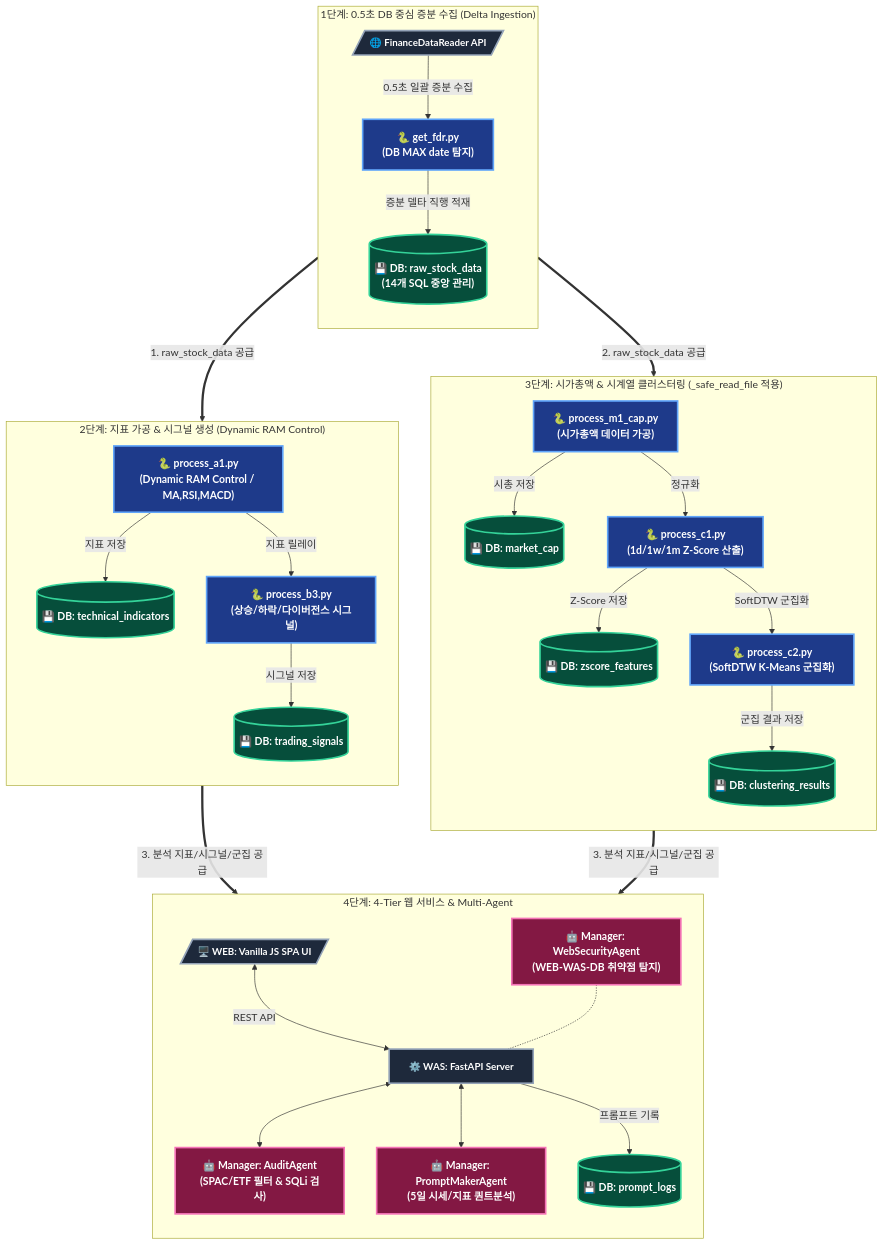
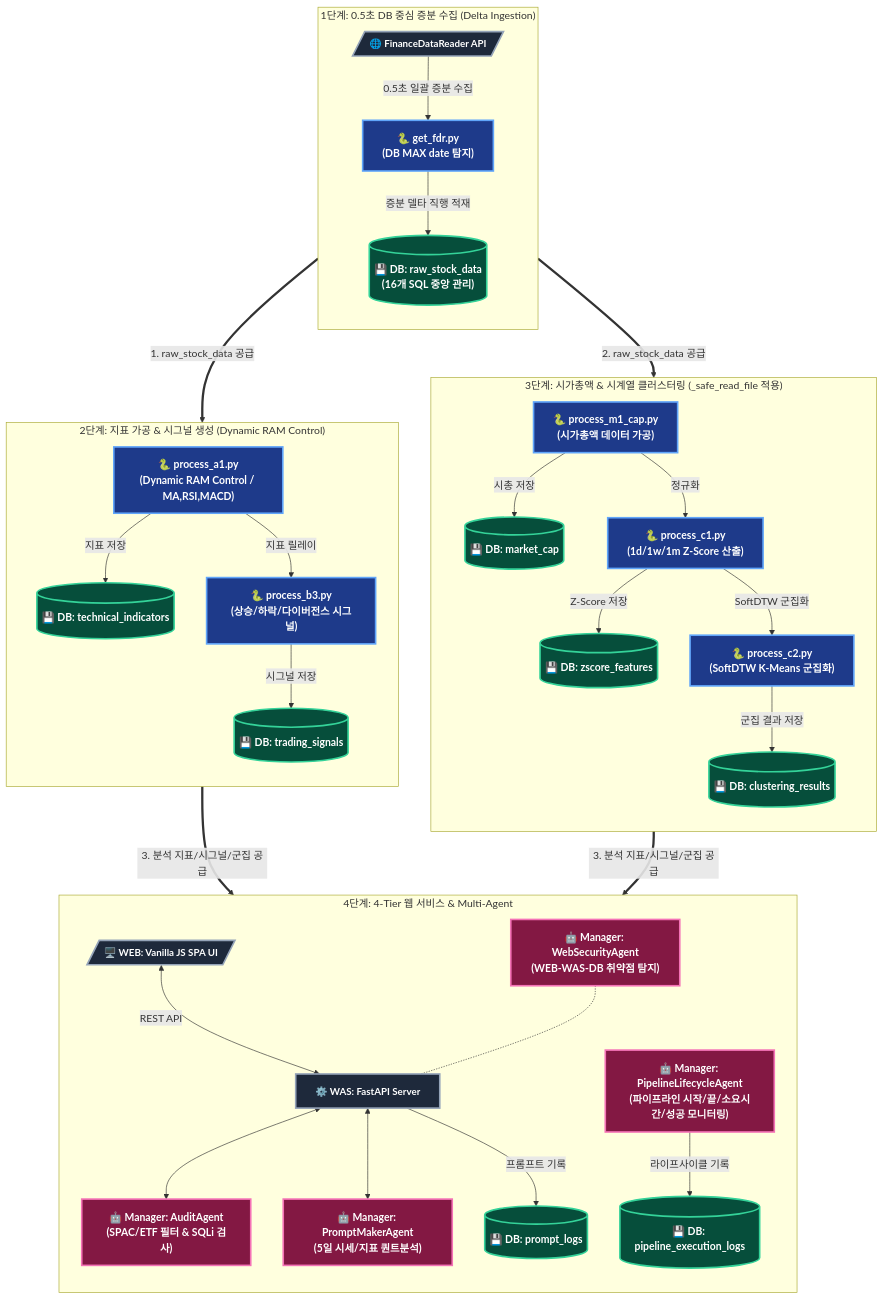
One commit to hugingstar/ggeolmu changed the first of 2 diagrams in README.md. Above: the diagram before and after it, drawn with Mermaid. The commit also changed other lines of this file and 6 other files, not shown here.

Commit message:
feat: Manager Tier에 파이프라인 시작/종료/소요시간 모니터링 에이전트(PipelineLifecycleAgent) 및 DB 로깅 신설

````diff
--- a/README.md
+++ b/README.md
@@ -14,54 +14,56 @@
 ```mermaid
 flowchart TD
     %% 수직 순차 흐름 및 큼직한 폰트(16px, bold) 스타일 정의
     classDef pythonEngine fill:#1e3a8a,stroke:#60a5fa,stroke-width:2.5px,color:#ffffff,font-size:16px,font-weight:bold;
     classDef dbStorage fill:#064e3b,stroke:#34d399,stroke-width:2.5px,color:#ffffff,font-size:16px,font-weight:bold;
     classDef agentManager fill:#831843,stroke:#f472b6,stroke-width:2.5px,color:#ffffff,font-size:16px,font-weight:bold;
     classDef webServer fill:#1e293b,stroke:#94a3b8,stroke-width:2.5px,color:#ffffff,font-size:15px,font-weight:bold;
 
     %% 1단계: DB 중심 초고속 증분 수집 및 DB 직행 적재
     subgraph Step1 ["1단계: 0.5초 DB 중심 증분 수집 (Delta Ingestion)"]
         direction TB
         FDR[/"🌐 FinanceDataReader API"/] -->|0.5초 일괄 증분 수집| GetFDR["🐍 get_fdr.py<br>(DB MAX date 탐지)"]
-        GetFDR -->|증분 델타 직행 적재| DB_Raw[("💾 DB: raw_stock_data<br>(14개 SQL 중앙 관리)")]
+        GetFDR -->|증분 델타 직행 적재| DB_Raw[("💾 DB: raw_stock_data<br>(16개 SQL 중앙 관리)")]
     end
 
     %% 2단계: 기술적 지표 및 시그널 연산
     subgraph Step2 ["2단계: 지표 가공 & 시그널 생성 (Dynamic RAM Control)"]
         direction TB
         ProcessA1["🐍 process_a1.py<br>(Dynamic RAM Control / MA,RSI,MACD)"] -->|지표 저장| DB_Tech[("💾 DB: technical_indicators")]
         ProcessA1 -->|지표 릴레이| ProcessB3["🐍 process_b3.py<br>(상승/하락/다이버전스 시그널)"]
         ProcessB3 -->|시그널 저장| DB_Signal[("💾 DB: trading_signals")]
     end
 
     %% 3단계: 시계열 클러스터링
     subgraph Step3 ["3단계: 시가총액 & 시계열 클러스터링 (_safe_read_file 적용)"]
         direction TB
         ProcessM1["🐍 process_m1_cap.py<br>(시가총액 데이터 가공)"] -->|시총 저장| DB_Cap[("💾 DB: market_cap")]
         ProcessM1 -->|정규화| ProcessC1["🐍 process_c1.py<br>(1d/1w/1m Z-Score 산출)"]
         ProcessC1 -->|Z-Score 저장| DB_ZScore[("💾 DB: zscore_features")]
         ProcessC1 -->|SoftDTW 군집화| ProcessC2["🐍 process_c2.py<br>(SoftDTW K-Means 군집화)"]
         ProcessC2 -->|군집 결과 저장| DB_Cluster[("💾 DB: clustering_results")]
     end
 
     %% 4단계: 4-Tier 웹 서비스 & 멀티 에이전트
     subgraph Step4 ["4단계: 4-Tier 웹 서비스 & Multi-Agent"]
         direction TB
         UI[/"🖥️ WEB: Vanilla JS SPA UI"/] <-->|REST API| WAS["⚙️ WAS: FastAPI Server"]
         WAS <--> Audit["🤖 Manager: AuditAgent<br>(SPAC/ETF 필터 & SQLi 검사)"]
         WAS <--> PromptAgent["🤖 Manager: PromptMakerAgent<br>(5일 시세/지표 퀀트분석)"]
         WAS -->|프롬프트 기록| DB_Logs[("💾 DB: prompt_logs")]
+        
+        PipeAgent["🤖 Manager: PipelineLifecycleAgent<br>(파이프라인 시작/끝/소요시간/성공 모니터링)"] -->|라이프사이클 기록| DB_PipeLogs[("💾 DB: pipeline_execution_logs")]
         SecAgent["🤖 Manager: WebSecurityAgent<br>(WEB-WAS-DB 취약점 탐지)"] -.- WAS
     end
 
     %% [위에서 아래로 이어지는 수직 메인 데이터 흐름선]
     Step1 ==>|1. raw_stock_data 공급| Step2
     Step1 ==>|2. raw_stock_data 공급| Step3
     Step2 & Step3 ==>|3. 분석 지표/시그널/군집 공급| Step4
 
     %% 노드 스타일 지정 (.py: 파란색, DB: 녹색, 에이전트: 핑크, Web/WAS: 슬레이트)
     class GetFDR,ProcessA1,ProcessB3,ProcessM1,ProcessC1,ProcessC2 pythonEngine;
-    class DB_Raw,DB_Tech,DB_Signal,DB_Cap,DB_ZScore,DB_Cluster,DB_Logs dbStorage;
-    class Audit,PromptAgent,SecAgent agentManager;
+    class DB_Raw,DB_Tech,DB_Signal,DB_Cap,DB_ZScore,DB_Cluster,DB_Logs,DB_PipeLogs dbStorage;
+    class Audit,PromptAgent,PipeAgent,SecAgent agentManager;
     class UI,WAS,FDR webServer;
 ```
````
